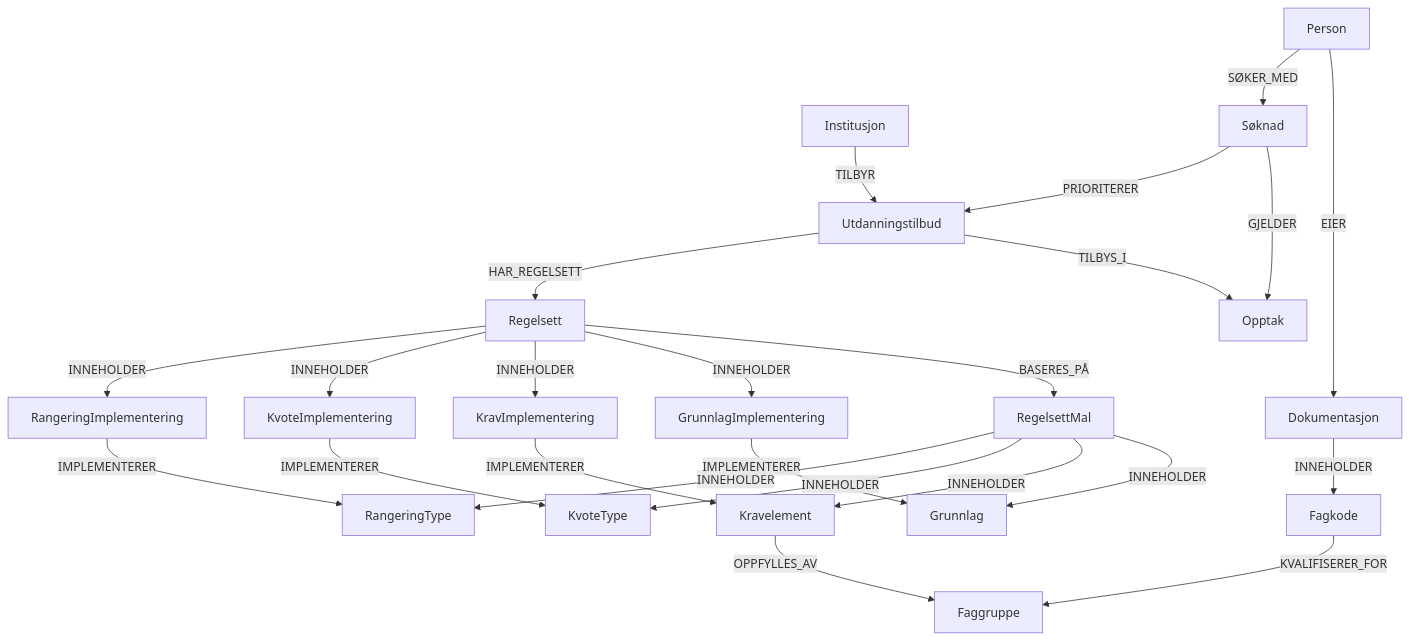
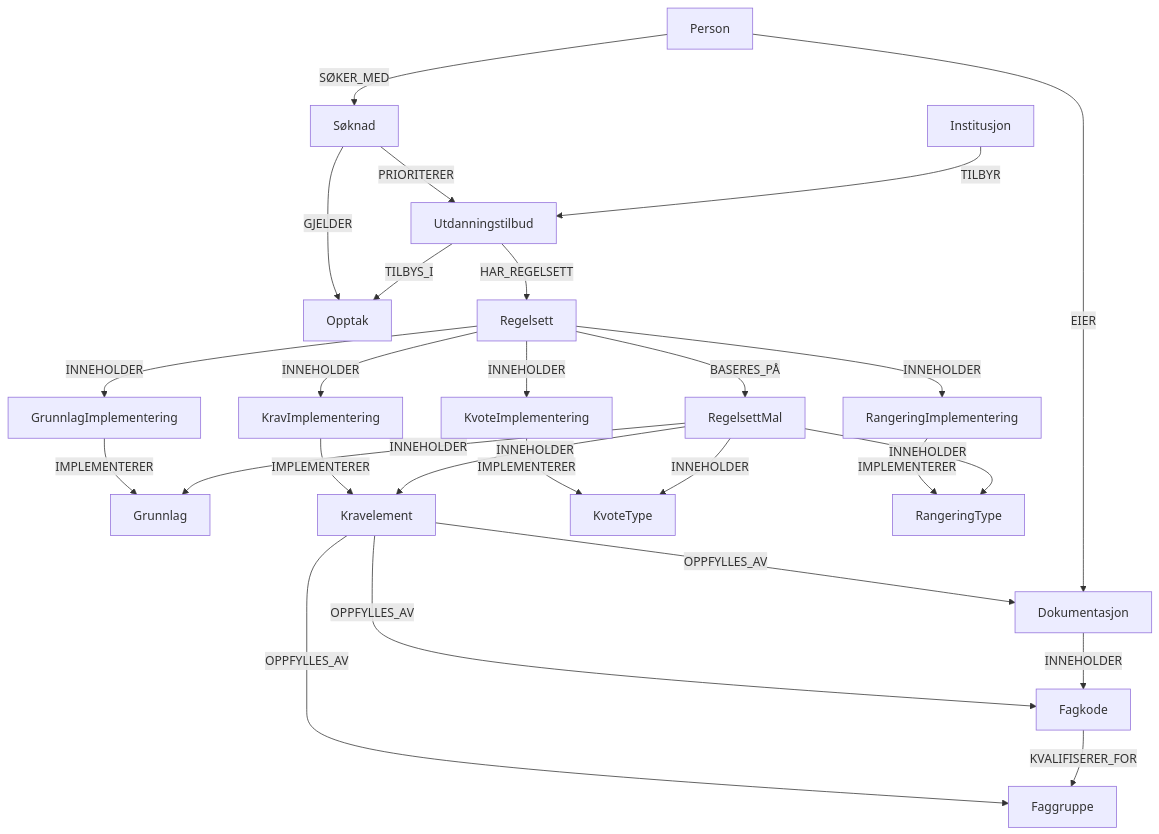
The diagram in domenekunnskap/datamodell.md (SmidigStorm/grafopptak), drawn with Mermaid before and after one commit. The commit also changed other lines of this file and 17 other files, not shown here.

````diff
--- a/domenekunnskap/datamodell.md
+++ b/domenekunnskap/datamodell.md
@@ -5,36 +5,38 @@
 ```mermaid
 graph TD
     Institusjon -->|TILBYR| Utdanningstilbud
     Person -->|EIER| Dokumentasjon
     Person -->|SØKER_MED| Søknad
     Utdanningstilbud -->|TILBYS_I| Opptak
     Utdanningstilbud -->|HAR_REGELSETT| Regelsett
     Søknad -->|GJELDER| Opptak
     Søknad -->|PRIORITERER| Utdanningstilbud
 
     %% Dokumentasjonsinnhold
     Dokumentasjon -->|INNEHOLDER| Fagkode
     Fagkode -->|KVALIFISERER_FOR| Faggruppe
 
     %% Regelsett-maler og standarder
     RegelsettMal -->|INNEHOLDER| Grunnlag
     RegelsettMal -->|INNEHOLDER| Kravelement
     RegelsettMal -->|INNEHOLDER| KvoteType
     RegelsettMal -->|INNEHOLDER| RangeringType
 
-    %% Kobling mellom krav og faggrupper
+    %% Kobling mellom krav og oppfyllelse (tre forskjellige måter)
     Kravelement -->|OPPFYLLES_AV| Faggruppe
+    Kravelement -->|OPPFYLLES_AV| Dokumentasjon
+    Kravelement -->|OPPFYLLES_AV| Fagkode
 
     %% Utdanningstilbud-spesifikke implementeringer
     Regelsett -->|BASERES_PÅ| RegelsettMal
     Regelsett -->|INNEHOLDER| GrunnlagImplementering
     Regelsett -->|INNEHOLDER| KravImplementering
     Regelsett -->|INNEHOLDER| KvoteImplementering
     Regelsett -->|INNEHOLDER| RangeringImplementering
 
     %% Implementeringer basert på standarder
     GrunnlagImplementering -->|IMPLEMENTERER| Grunnlag
     KravImplementering -->|IMPLEMENTERER| Kravelement
     KvoteImplementering -->|IMPLEMENTERER| KvoteType
     RangeringImplementering -->|IMPLEMENTERER| RangeringType
 ```
````
